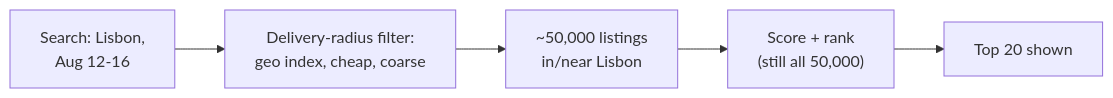
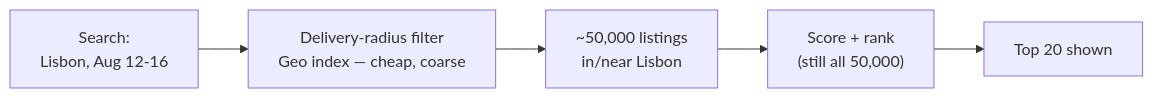
One commit to riyaz-pasha/Learnings changed the second of 16 diagrams in system-design/HLD/0-course/52-Design-Airbnb-Search-Ranking-FAANG-Guide-story.md. Above: the diagram before and after it, drawn with Mermaid. The commit also changed other lines of this file and 1 other file, not shown here.

Commit message:
[REWRITE] Airbnb Search Ranking story guide: simplify prose, add structure, fix diagrams

````diff
--- a/system-design/HLD/0-course/52-Design-Airbnb-Search-Ranking-FAANG-Guide-story.md
+++ b/system-design/HLD/0-course/52-Design-Airbnb-Search-Ranking-FAANG-Guide-story.md
@@ -44,7 +122,7 @@
 ```mermaid
 flowchart LR
-    Q["Search: Lisbon,\nAug 12-16"] --> GEO["Delivery-radius filter:\ngeo index, cheap, coarse"]
-    GEO --> C["~50,000 listings\nin/near Lisbon"]
-    C --> RANK["Score + rank\n(still all 50,000)"]
+    Q["Search:<br/>Lisbon, Aug 12-16"] --> GEO["Delivery-radius filter<br/>Geo index — cheap, coarse"]
+    GEO --> C["~50,000 listings<br/>in/near Lisbon"]
+    C --> RANK["Score + rank<br/>(still all 50,000)"]
     RANK --> R["Top 20 shown"]
 ```
````
